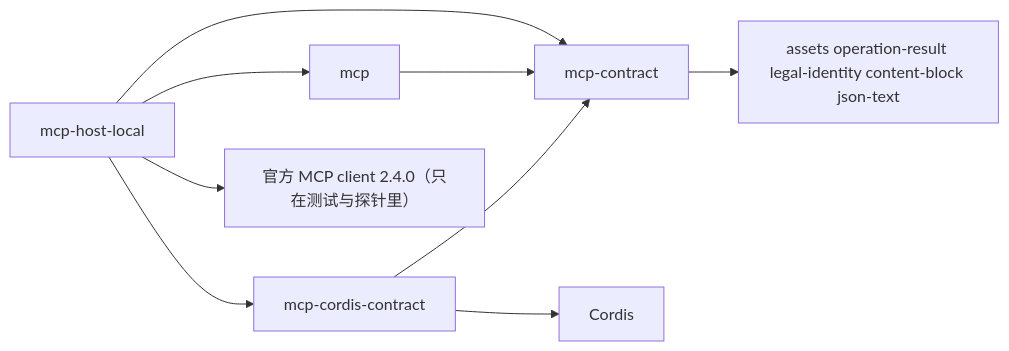
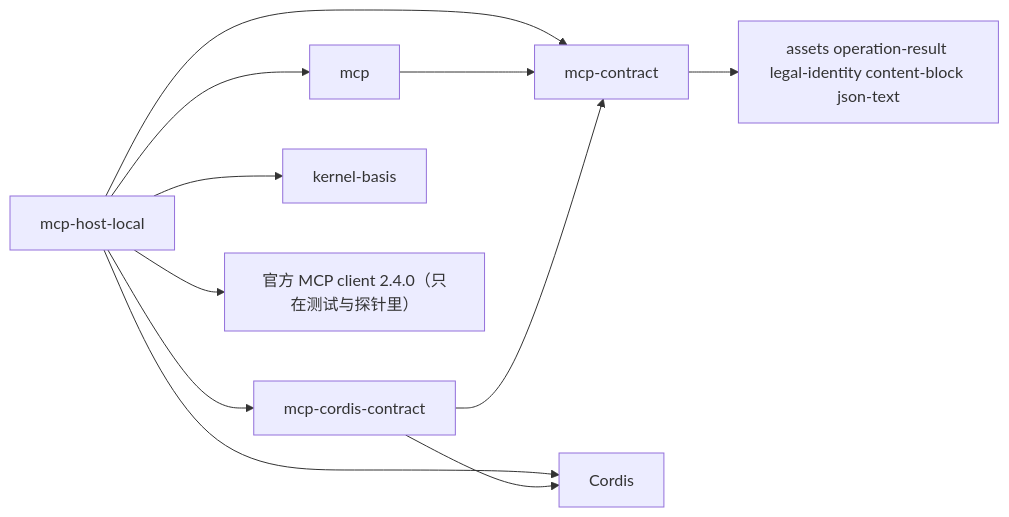
Before and after one commit to nemori-ai/omne-harness-lite: the diagram in packages/mcp/README.md, drawn with Mermaid. The commit also changed other lines of this file and 4 other files, not shown here.

````diff
--- a/packages/mcp/README.md
+++ b/packages/mcp/README.md
@@ -24,11 +24,13 @@
 ```mermaid
 flowchart LR
     hostLocal[mcp-host-local] --> mcp[mcp]
     hostLocal --> cordisContract[mcp-cordis-contract]
     hostLocal --> contract[mcp-contract]
+    hostLocal --> kernelBasis[kernel-basis]
+    hostLocal --> cordis
     hostLocal --> sdk["官方 MCP client 2.4.0（只在测试与探针里）"]
     mcp --> contract
     cordisContract --> contract
     cordisContract --> cordis[Cordis]
     contract --> common[assets operation-result legal-identity content-block json-text]
 ```
````
